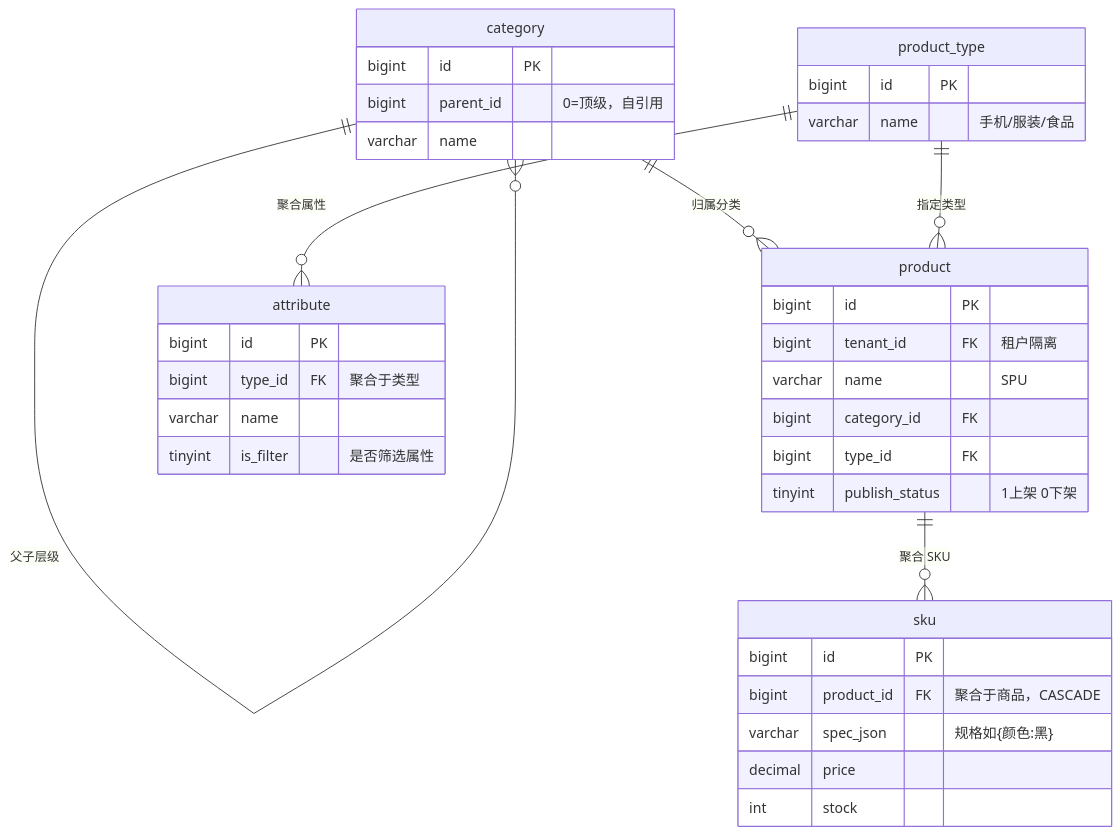
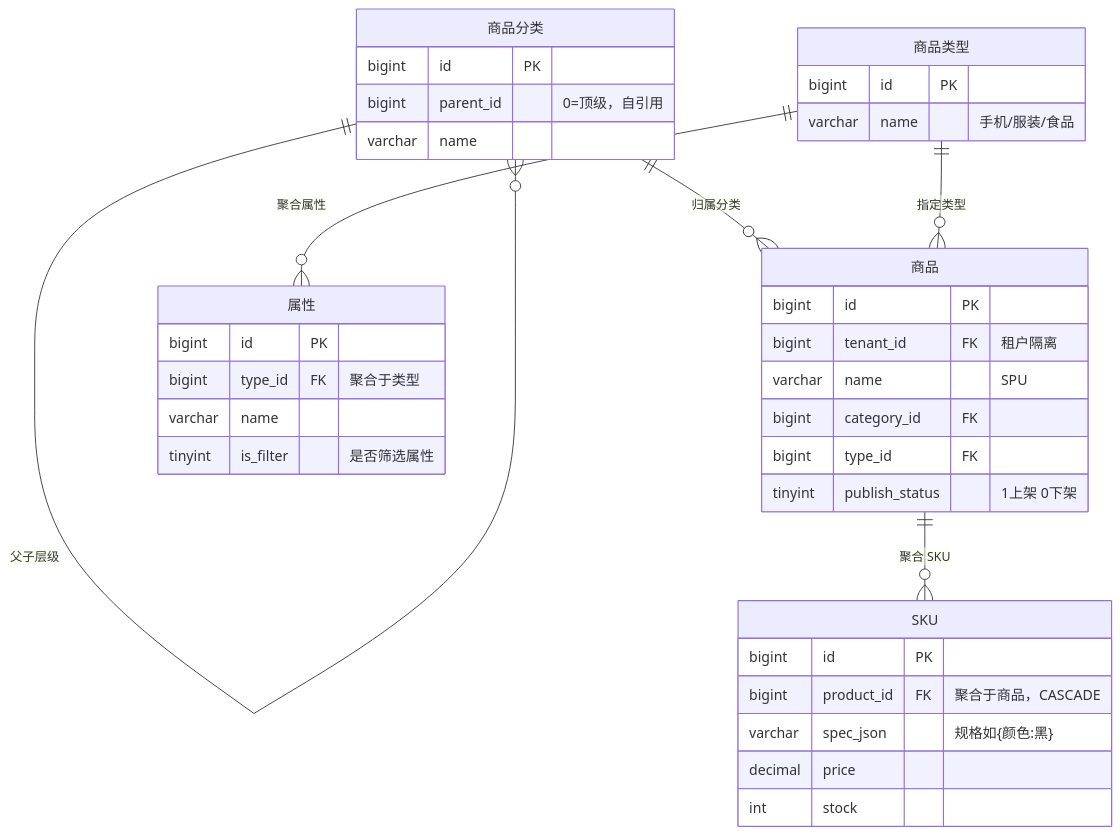
Before and after one commit to zzy-repo/qiqi-mall: the diagram in docs/er/commodity.mmd, drawn with Mermaid. The commit also changed 7 other files, not shown here.

Commit message:
docs: ER 图实体改为中文名

```diff
--- a/docs/er/commodity.mmd
+++ b/docs/er/commodity.mmd
@@ -1,37 +1,37 @@
 erDiagram
-    category ||--o{ category : "父子层级"
-    category ||--o{ product : "归属分类"
-    product_type ||--o{ attribute : "聚合属性"
-    product_type ||--o{ product : "指定类型"
-    product ||--o{ sku : "聚合 SKU"
+    商品分类 ||--o{ 商品分类 : "父子层级"
+    商品分类 ||--o{ 商品 : "归属分类"
+    商品类型 ||--o{ 属性 : "聚合属性"
+    商品类型 ||--o{ 商品 : "指定类型"
+    商品 ||--o{ SKU : "聚合 SKU"
 
-    category {
+    商品分类 {
         bigint id PK
         bigint parent_id "0=顶级，自引用"
         varchar name
     }
-    product_type {
+    商品类型 {
         bigint id PK
         varchar name "手机/服装/食品"
     }
-    attribute {
+    属性 {
         bigint id PK
         bigint type_id FK "聚合于类型"
         varchar name
         tinyint is_filter "是否筛选属性"
     }
-    product {
+    商品 {
         bigint id PK
         bigint tenant_id FK "租户隔离"
         varchar name "SPU"
         bigint category_id FK
         bigint type_id FK
         tinyint publish_status "1上架 0下架"
     }
-    sku {
+    SKU {
         bigint id PK
         bigint product_id FK "聚合于商品，CASCADE"
         varchar spec_json "规格如{颜色:黑}"
         decimal price
         int stock
     }
```
